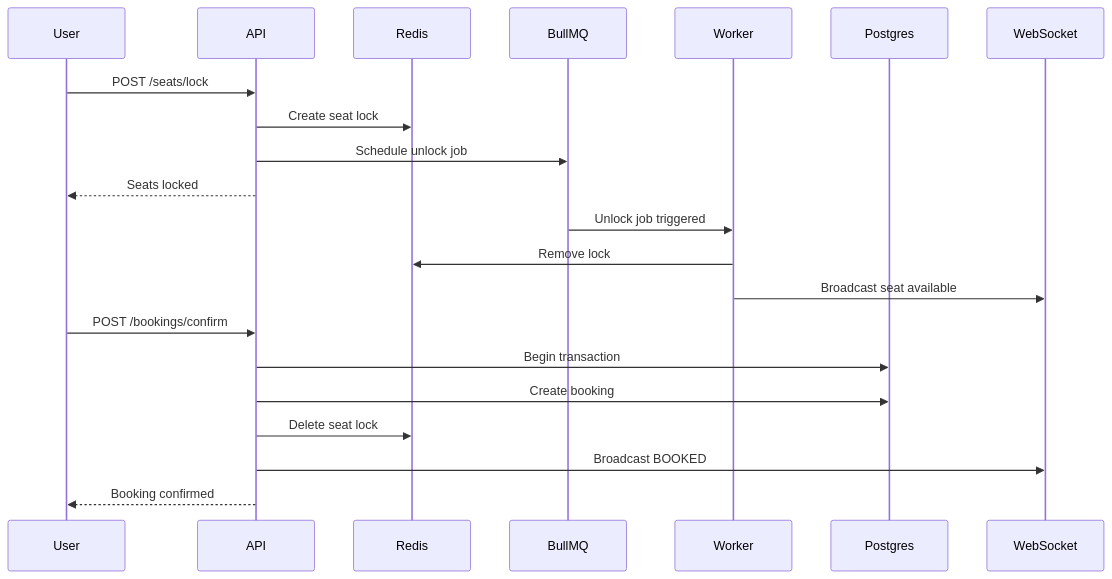
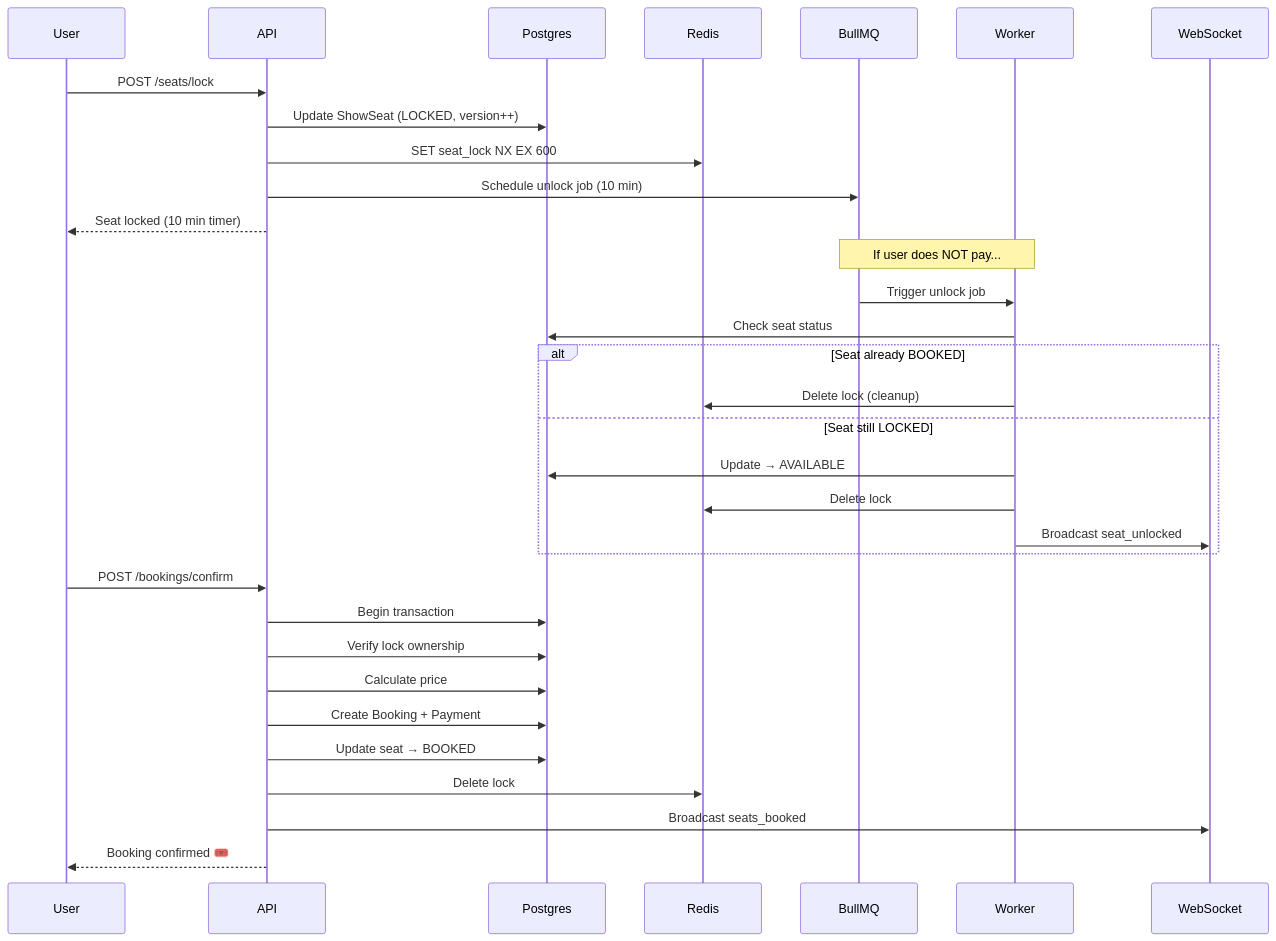
The second of 2 diagrams in README.md (Vishukaneki/TicketBlitz), drawn with Mermaid before and after one commit.

Commit message:
Update sequence diagram in README.md

````diff
--- a/README.md
+++ b/README.md
@@ -30,26 +30,41 @@
 ```mermaid
 sequenceDiagram
-participant User
-participant API
-participant Redis
-participant BullMQ
-participant Worker
-participant Postgres
-participant WebSocket
+    participant User
+    participant API
+    participant Postgres
+    participant Redis
+    participant BullMQ
+    participant Worker
+    participant WebSocket
 
-User->>API: POST /seats/lock
-API->>Redis: Create seat lock
-API->>BullMQ: Schedule unlock job
-API-->>User: Seats locked
+    User->>API: POST /seats/lock
 
-BullMQ->>Worker: Unlock job triggered
-Worker->>Redis: Remove lock
-Worker->>WebSocket: Broadcast seat available
+    API->>Postgres: Update ShowSeat (LOCKED, version++)
+    API->>Redis: SET seat_lock NX EX 600
+    API->>BullMQ: Schedule unlock job (10 min)
+    API-->>User: Seat locked (10 min timer)
 
-User->>API: POST /bookings/confirm
-API->>Postgres: Begin transaction
-API->>Postgres: Create booking
-API->>Redis: Delete seat lock
-API->>WebSocket: Broadcast BOOKED
-API-->>User: Booking confirmed
+    Note over BullMQ,Worker: If user does NOT pay...
+
+    BullMQ->>Worker: Trigger unlock job
+    Worker->>Postgres: Check seat status
+
+    alt Seat already BOOKED
+        Worker->>Redis: Delete lock (cleanup)
+    else Seat still LOCKED
+        Worker->>Postgres: Update → AVAILABLE
+        Worker->>Redis: Delete lock
+        Worker->>WebSocket: Broadcast seat_unlocked
+    end
+
+    User->>API: POST /bookings/confirm
+
+    API->>Postgres: Begin transaction
+    API->>Postgres: Verify lock ownership
+    API->>Postgres: Calculate price
+    API->>Postgres: Create Booking + Payment
+    API->>Postgres: Update seat → BOOKED
+    API->>Redis: Delete lock
+    API->>WebSocket: Broadcast seats_booked
+    API-->>User: Booking confirmed 🎟️
 ```
````
